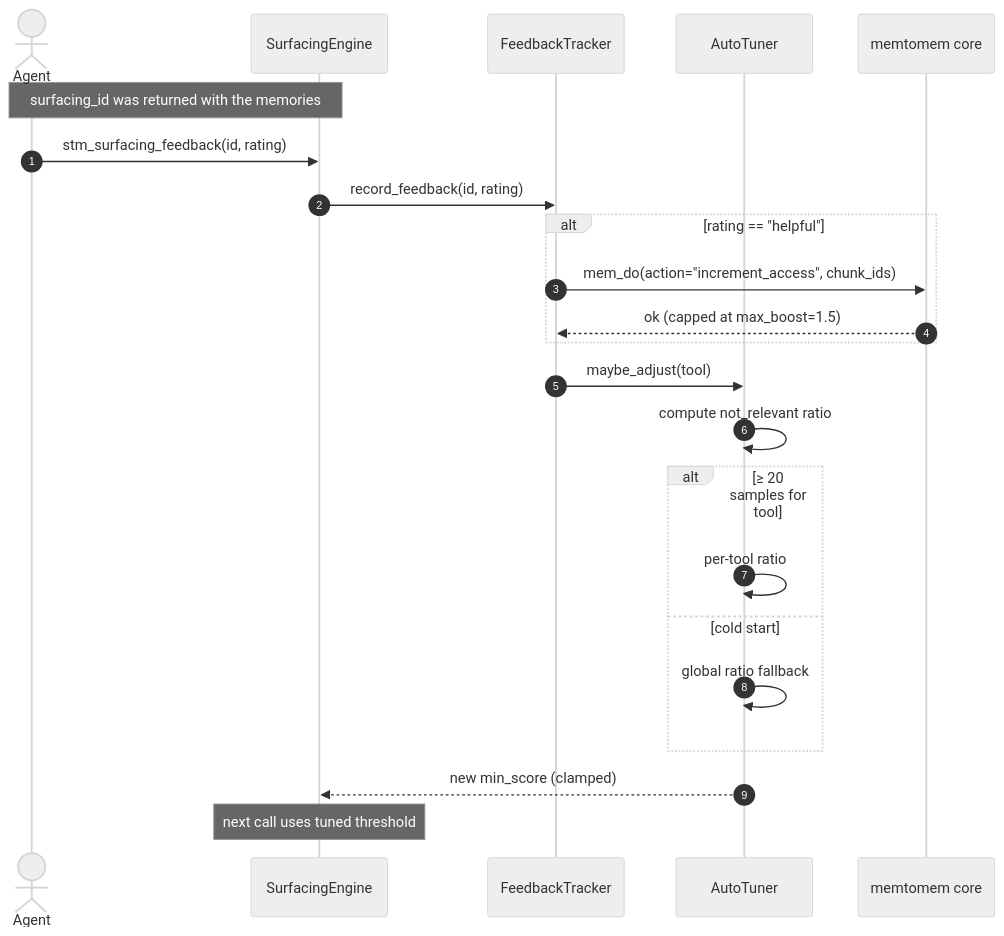
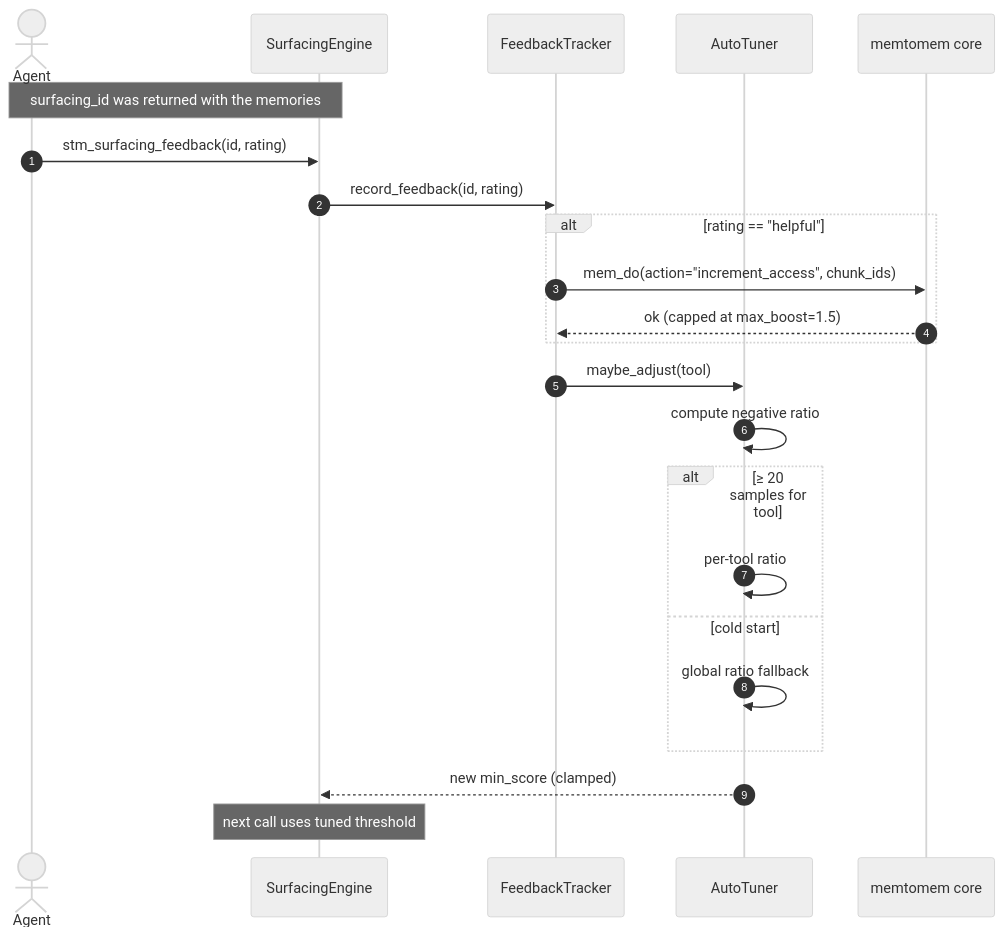
Before and after one commit to memtomem/memtomem-stm: the fourth of 5 diagrams in docs/surfacing.md, drawn with Mermaid (neutral theme). The commit also changed other lines of this file and 4 other files, not shown here.

````diff
--- a/docs/surfacing.md
+++ b/docs/surfacing.md
@@ -213,26 +213,26 @@
 ```mermaid
 sequenceDiagram
     autonumber
     actor Agent
     participant STM as SurfacingEngine
     participant FB as FeedbackTracker
     participant AT as AutoTuner
     participant Core as memtomem core
 
     Note over Agent,STM: surfacing_id was returned with the memories
     Agent->>STM: stm_surfacing_feedback(id, rating)
     STM->>FB: record_feedback(id, rating)
     alt rating == "helpful"
         FB->>Core: mem_do(action="increment_access", chunk_ids)
         Core-->>FB: ok (capped at max_boost=1.5)
     end
     FB->>AT: maybe_adjust(tool)
-    AT->>AT: compute not_relevant ratio
+    AT->>AT: compute negative ratio
     alt ≥ 20 samples for tool
         AT->>AT: per-tool ratio
     else cold start
         AT->>AT: global ratio fallback
     end
     AT-->>STM: new min_score (clamped)
     Note over STM: next call uses tuned threshold
 ```
````
